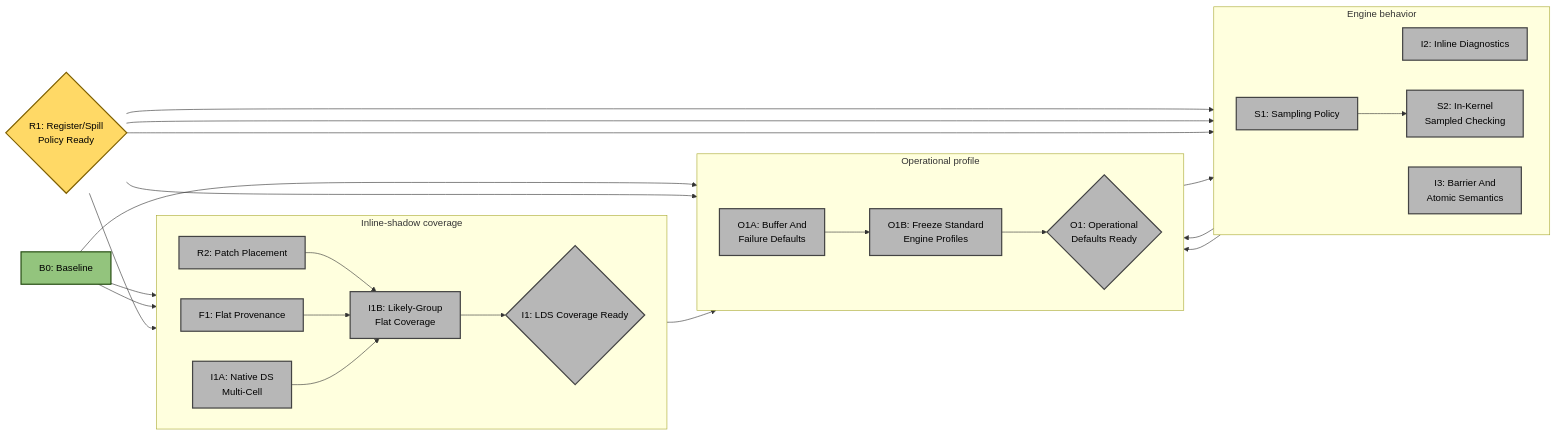
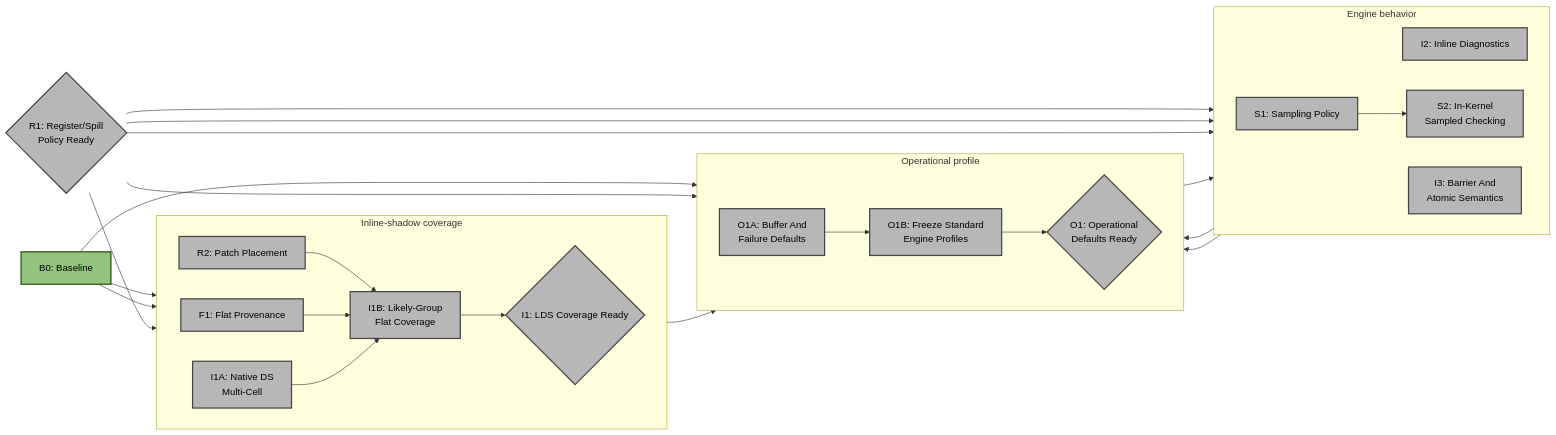
The second of 4 diagrams in emulation/rocjitsu/docs/consan/PLAN.md (ROCm/rocm-systems), drawn with Mermaid before and after one commit. The commit also changed other lines of this file and 13 other files, not shown here.

````diff
--- a/emulation/rocjitsu/docs/consan/PLAN.md
+++ b/emulation/rocjitsu/docs/consan/PLAN.md
@@ -118,56 +118,56 @@
 ```mermaid
 flowchart LR
   B0["B0: Baseline"]:::done
-  R1{"R1: Register/Spill<br/>Policy Ready"}:::active
+  R1{"R1: Register/Spill<br/>Policy Ready"}:::todo
 
   subgraph INLINE["Inline-shadow coverage"]
     direction LR
     R2["R2: Patch Placement"]:::todo
     F1["F1: Flat Provenance"]:::todo
     I1A["I1A: Native DS<br/>Multi-Cell"]:::todo
     I1B["I1B: Likely-Group<br/>Flat Coverage"]:::todo
     I1{"I1: LDS Coverage Ready"}:::todo
 
     R2 --> I1B
     F1 --> I1B
     I1A --> I1B
     I1B --> I1
   end
 
   subgraph BEHAVIOR["Engine behavior"]
     direction LR
     I2["I2: Inline Diagnostics"]:::todo
     I3["I3: Barrier And<br/>Atomic Semantics"]:::todo
     S1["S1: Sampling Policy"]:::todo
     S2["S2: In-Kernel<br/>Sampled Checking"]:::todo
 
     S1 --> S2
   end
 
   subgraph OPS["Operational profile"]
     direction LR
     O1A["O1A: Buffer And<br/>Failure Defaults"]:::todo
     O1B["O1B: Freeze Standard<br/>Engine Profiles"]:::todo
     O1{"O1: Operational<br/>Defaults Ready"}:::todo
 
     O1A --> O1B
     O1B --> O1
   end
 
   B0 --> R2
   B0 --> F1
   B0 --> O1A
   R1 --> I1A
   R1 --> I2
   R1 --> I3
   R1 --> S1
   R1 --> O1B
   O1A --> I2
   I1 --> O1B
   I3 --> O1B
   S1 --> O1B
 
   classDef done fill:#93c47d,stroke:#274e13,stroke-width:2px,color:#000;
   classDef active fill:#ffd966,stroke:#7f6000,stroke-width:2px,color:#000;
   classDef todo fill:#b7b7b7,stroke:#434343,stroke-width:2px,color:#000;
 ```
````
